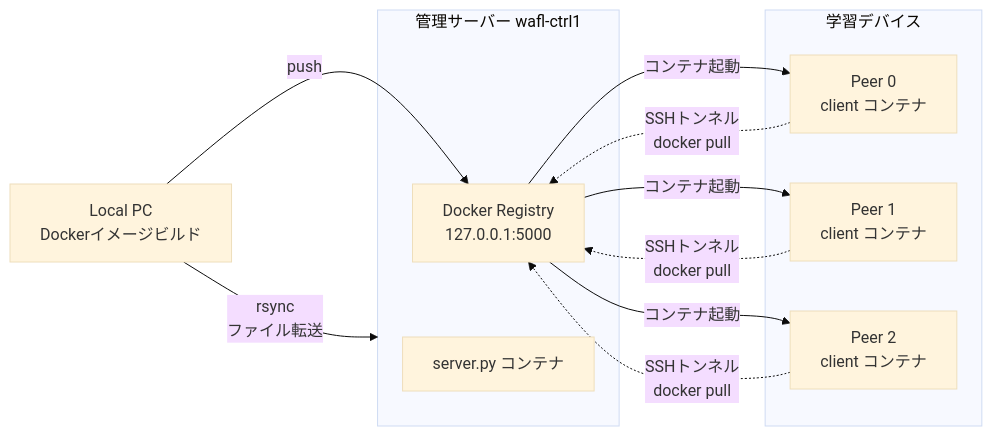
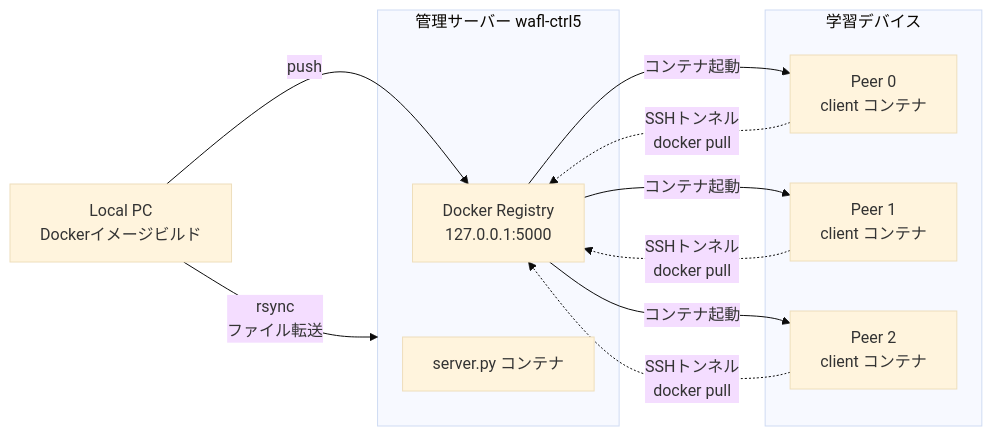
The sixth of 6 diagrams in README.md (babcs2035/WAFL-PEFT), drawn with Mermaid (base theme) before and after one commit. The commit also changed other lines of this file and 11 other files, not shown here.

````diff
--- a/README.md
+++ b/README.md
@@ -443,24 +598,24 @@
 ```mermaid
 graph LR
     LP["Local PC<br/>Dockerイメージビルド"]
 
-    subgraph ms["管理サーバー wafl-ctrl1"]
+    subgraph ms["管理サーバー wafl-ctrl5"]
         RS["Docker Registry<br/>127.0.0.1:5000"]
         SV["server.py コンテナ"]
     end
 
     subgraph peers["学習デバイス"]
         P0["Peer 0<br/>client コンテナ"]
         P1["Peer 1<br/>client コンテナ"]
         P2["Peer 2<br/>client コンテナ"]
     end
 
     LP -->|"rsync<br/>ファイル転送"| ms
     LP -->|"push"| RS
     P0 -. "SSHトンネル<br/>docker pull" .-> RS
     P1 -. "SSHトンネル<br/>docker pull" .-> RS
     P2 -. "SSHトンネル<br/>docker pull" .-> RS
     RS -->|"コンテナ起動"| P0
     RS -->|"コンテナ起動"| P1
     RS -->|"コンテナ起動"| P2
 ```
````
